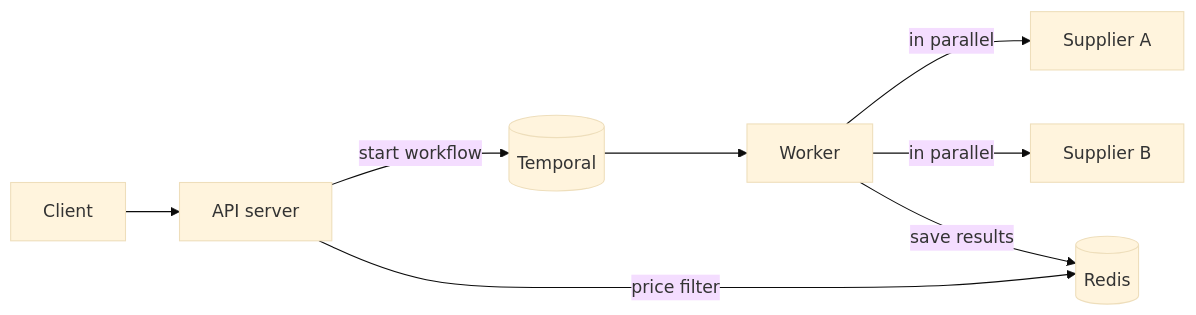
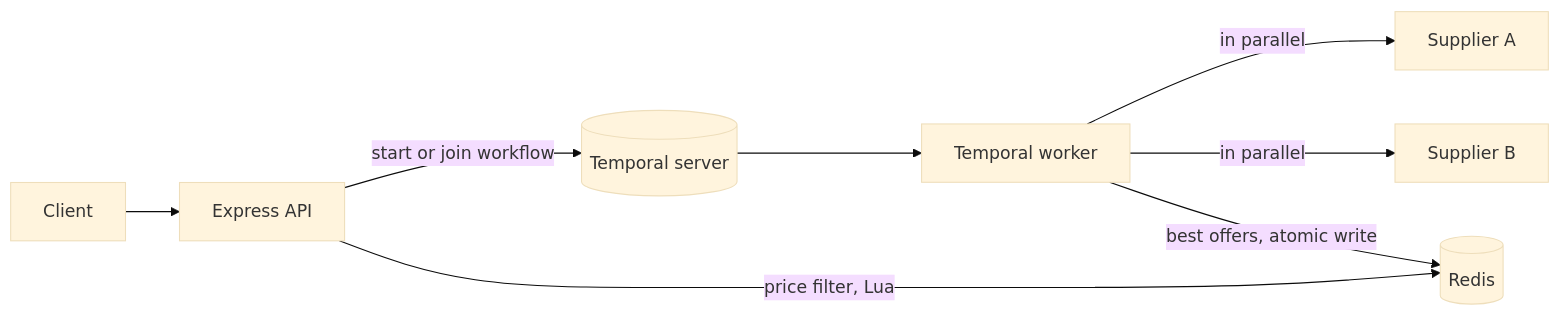
The first of 2 diagrams in README.md (Vanisha-vc5/hotel-offer-orchestrator), drawn with Mermaid (base theme) before and after one commit. The commit also changed other lines of this file and 24 other files, not shown here.

````diff
--- a/README.md
+++ b/README.md
@@ -86,10 +181,10 @@
 ```mermaid
 flowchart LR
-    Client --> API[API server]
-    API -- start workflow --> Temporal[(Temporal)]
-    Temporal --> Worker
+    Client --> API[Express API]
+    API -- start or join workflow --> Temporal[(Temporal server)]
+    Temporal --> Worker[Temporal worker]
     Worker -- in parallel --> A[Supplier A]
     Worker -- in parallel --> B[Supplier B]
-    Worker -- save results --> Redis[(Redis)]
-    API -- price filter --> Redis
+    Worker -- best offers, atomic write --> Redis[(Redis)]
+    API -- price filter, Lua --> Redis
 ```
````
